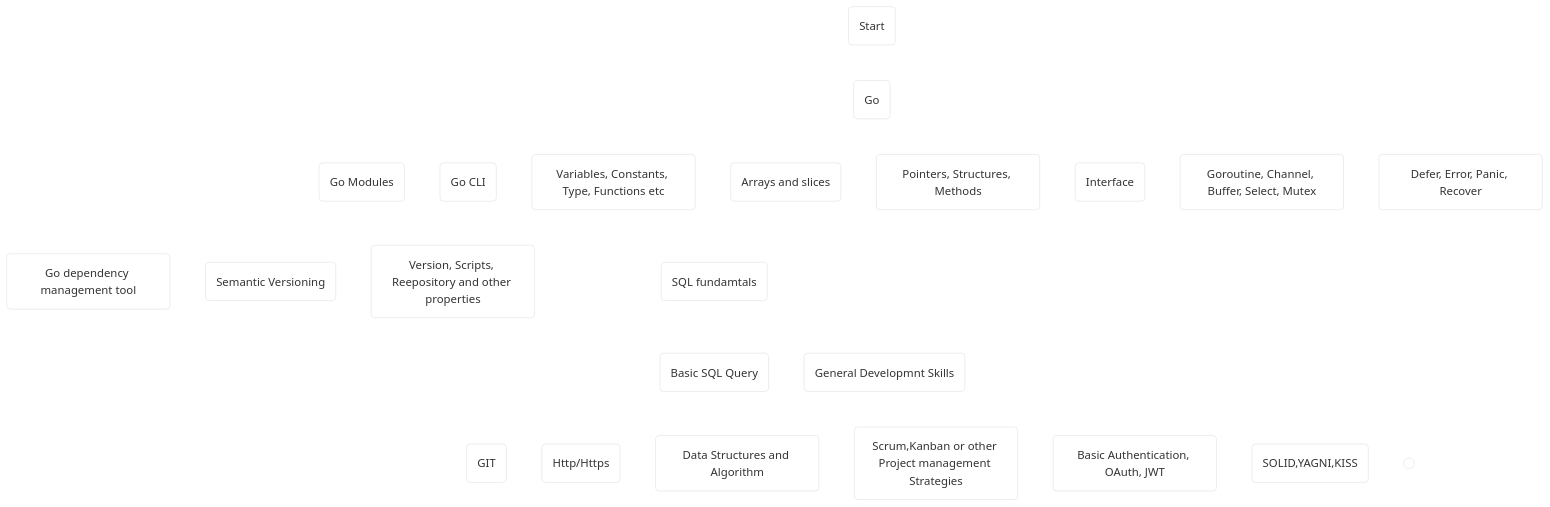
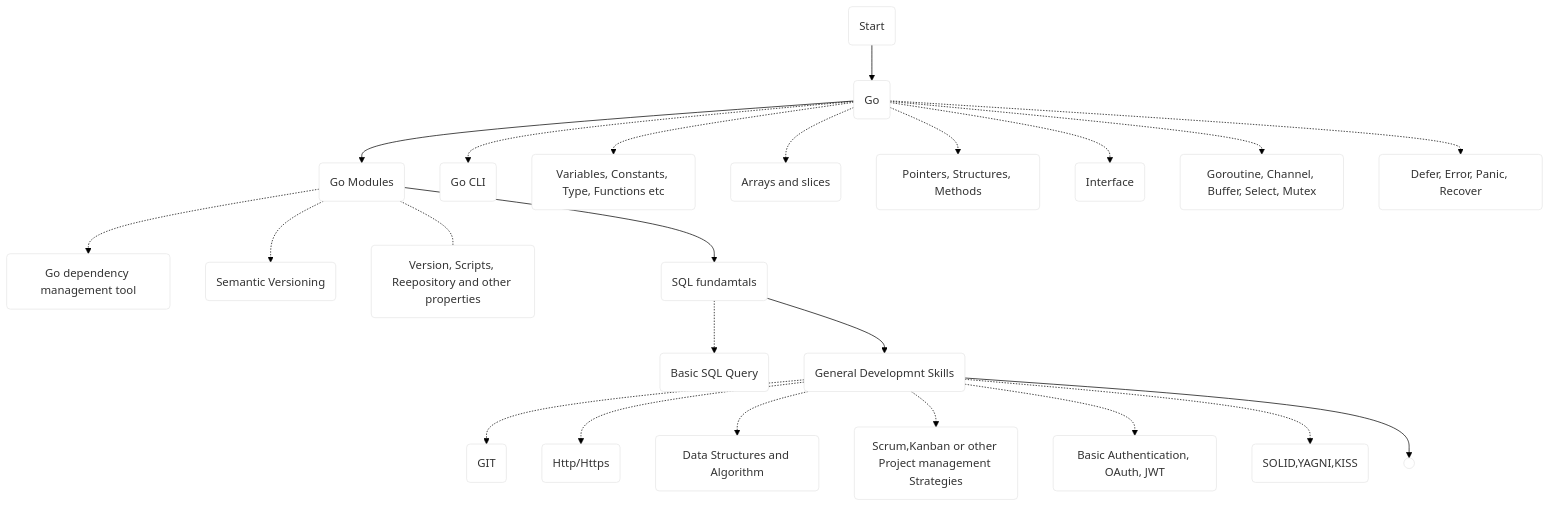
One commit to AliAkberAakash/golang-roadmap changed the diagram in README.md. Above: the diagram before and after it, drawn with Mermaid.

````diff
--- a/README.md
+++ b/README.md
@@ -3,27 +3,27 @@
 ```mermaid
-%%{init: {'theme': 'base', 'themeVariables': { 'primaryColor': '#ffffff', 'textColor': '#000000', 'lineColor': '#ffffff'}}}%%
+%%{init: {'theme': 'base', 'themeVariables': { 'primaryColor': '#ffffff', 'textColor': '#000000', 'lineColor': '#000000', 'background' : '#bbdefb'}}}%%
 graph TD;
     start(Start)-->A(Go)
     A-->B(Go Modules)
     A-.->A1(Go CLI)
     A-.->A2(Variables, Constants, Type, Functions etc)
     A-.->A3(Arrays and slices)
     A-.->A4(Pointers, Structures, Methods)
     A-.->A5(Interface)
     A-.->A6(Goroutine, Channel, Buffer, Select, Mutex)
     A-.->A7(Defer, Error, Panic, Recover)
     B-.->B1(Go dependency management tool)
     B-.->B2(Semantic Versioning)
     B-.-B3(Version, Scripts, Reepository and other properties)
     B-->C(SQL fundamtals)
     C-.->C1(Basic SQL Query)
     C-->D(General Developmnt Skills)
     D-.->D1(GIT)
     D-.->D2(Http/Https)
     D-.->D3(Data Structures and Algorithm)
     D-.->D4(Scrum,Kanban or other Project management Strategies)
     D-.->D5(Basic Authentication, OAuth, JWT)
     D-.->D6(SOLID,YAGNI,KISS)
     D-->E0(( ))
 
 ```
````
